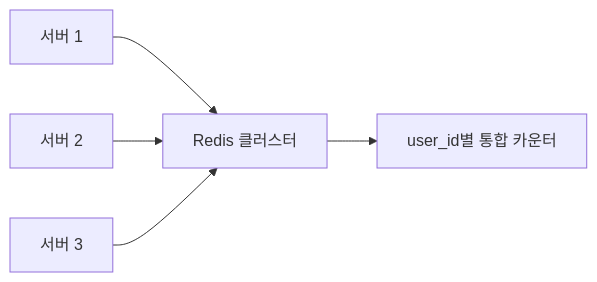
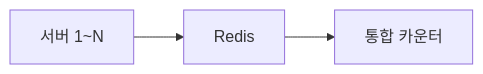
The third of 6 diagrams in _posts/systemdesign/2026-05-02-system-design-rate-limiter.md (yjkim2015/yjkim2015.github.io), drawn with Mermaid before and after one commit. The commit also changed other lines of this file and 139 other files, not shown here.

First line of the commit message:
graph TD → LR 전환 완료 + Rate Limiter 차단기준/봇방어 통합

````diff
--- a/_posts/systemdesign/2026-05-02-system-design-rate-limiter.md
+++ b/_posts/systemdesign/2026-05-02-system-design-rate-limiter.md
@@ -431,7 +393,4 @@
 ```mermaid
 graph LR
-    S1["서버 1"] --> R["Redis 클러스터"]
-    S2["서버 2"] --> R
-    S3["서버 3"] --> R
-    R --> Count["user_id별 통합 카운터"]
+    S1["서버 1~N"] --> R["Redis"] --> C["통합 카운터"]
 ```
````
